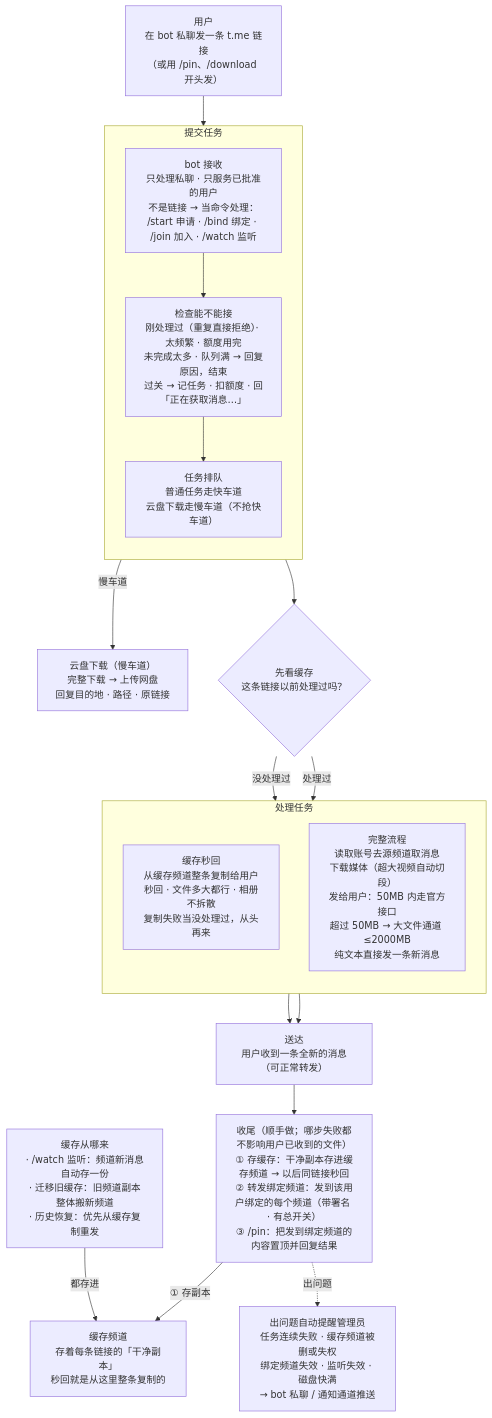
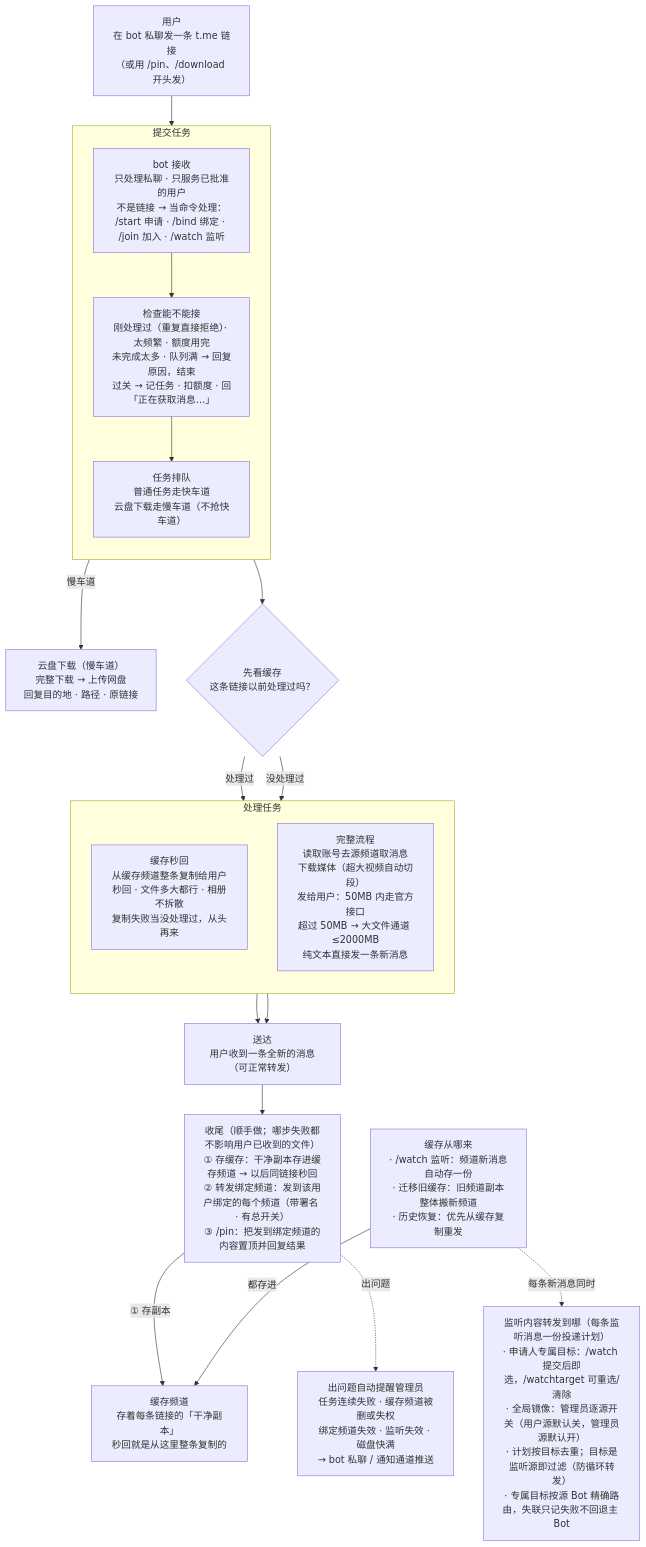
Diagram 18 of 18 in docs/reference/architecture.md (huaiminyetnotsleep/spore), drawn with Mermaid before and after one commit. The commit also changed other lines of this file and 51 other files, not shown here.

````diff
--- a/docs/reference/architecture.md
+++ b/docs/reference/architecture.md
@@ -941,43 +944,46 @@
 ```mermaid
 flowchart TB
     USER["用户<br/>在 bot 私聊发一条 t.me 链接<br/>（或用 /pin、/download 开头发）"]
 
     subgraph SUBMIT["提交任务"]
         direction TB
         B1["bot 接收<br/>只处理私聊 · 只服务已批准的用户<br/>不是链接 → 当命令处理：<br/>/start 申请 · /bind 绑定 · /join 加入 · /watch 监听"]
         B2["检查能不能接<br/>刚处理过（重复直接拒绝）· 太频繁 · 额度用完<br/>未完成太多 · 队列满 → 回复原因，结束<br/>过关 → 记任务 · 扣额度 · 回「正在获取消息…」"]
         B3["任务排队<br/>普通任务走快车道<br/>云盘下载走慢车道（不抢快车道）"]
         B1 --> B2 --> B3
     end
     USER --> B1
 
     CLOUD["云盘下载（慢车道）<br/>完整下载 → 上传网盘<br/>回复目的地 · 路径 · 原链接"]
     B3 -->|"慢车道"| CLOUD
 
     B4{"先看缓存<br/>这条链接以前处理过吗？"}
     B3 --> B4
 
     subgraph WORK["处理任务"]
         direction TB
         B5["缓存秒回<br/>从缓存频道整条复制给用户<br/>秒回 · 文件多大都行 · 相册不拆散<br/>复制失败当没处理过，从头再来"]
         B6["完整流程<br/>读取账号去源频道取消息<br/>下载媒体（超大视频自动切段）<br/>发给用户：50MB 内走官方接口<br/>超过 50MB → 大文件通道 ≤2000MB<br/>纯文本直接发一条新消息"]
     end
     B4 -->|"处理过"| B5
     B4 -->|"没处理过"| B6
 
     B7["送达<br/>用户收到一条全新的消息（可正常转发）"]
     B5 --> B7
     B6 --> B7
 
     B8["收尾（顺手做；哪步失败都不影响用户已收到的文件）<br/>① 存缓存：干净副本存进缓存频道 → 以后同链接秒回<br/>② 转发绑定频道：发到该用户绑定的每个频道（带署名 · 有总开关）<br/>③ /pin：把发到绑定频道的内容置顶并回复结果"]
     B7 --> B8
 
     DUMP["缓存频道<br/>存着每条链接的「干净副本」<br/>秒回就是从这里整条复制的"]
     B8 -->|"① 存副本"| DUMP
 
     SRC["缓存从哪来<br/>· /watch 监听：频道新消息自动存一份<br/>· 迁移旧缓存：旧频道副本整体搬新频道<br/>· 历史恢复：优先从缓存复制重发"]
     SRC -->|"都存进"| DUMP
 
+    WFWD["监听内容转发到哪（每条监听消息一份投递计划）<br/>· 申请人专属目标：/watch 提交后即选，/watchtarget 可重选/清除<br/>· 全局镜像：管理员逐源开关（用户源默认关，管理员源默认开）<br/>· 计划按目标去重；目标是监听源即过滤（防循环转发）<br/>· 专属目标按源 Bot 精确路由，失联只记失败不回退主 Bot"]
+    SRC -.->|"每条新消息同时"| WFWD
+
     ALERT["出问题自动提醒管理员<br/>任务连续失败 · 缓存频道被删或失权<br/>绑定频道失效 · 监听失效 · 磁盘快满<br/>→ bot 私聊 / 通知通道推送"]
     B8 -.->|"出问题"| ALERT
 ```
````
